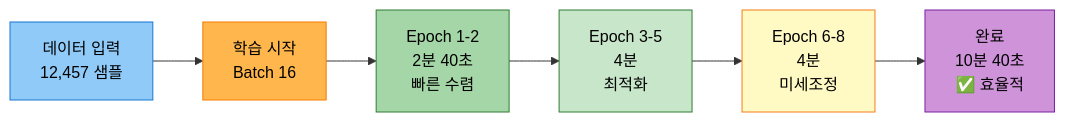
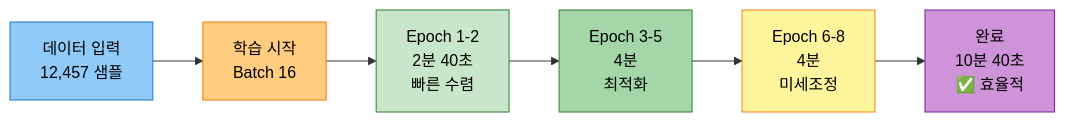
One commit to AIBootcamp14/naturallanguageprocessingcompetition-nlp-1 changed diagram 12 of 15 in docs/experiments/20251013_111525_strategy1_kobart_optimized_실험분석.md. Above: the diagram before and after it, drawn with Mermaid. The commit also changed other lines of this file, not shown here.

First line of the commit message:
fix: mermaid 다이어그램 스타일 완전 수정

````diff
--- a/docs/experiments/20251013_111525_strategy1_kobart_optimized_실험분석.md
+++ b/docs/experiments/20251013_111525_strategy1_kobart_optimized_실험분석.md
@@ -630,15 +666,15 @@
 ```mermaid
 graph LR
     A[데이터 입력<br/>12,457 샘플] --> B[학습 시작<br/>Batch 16]
     B --> C[Epoch 1-2<br/>2분 40초<br/>빠른 수렴]
     C --> D[Epoch 3-5<br/>4분<br/>최적화]
     D --> E[Epoch 6-8<br/>4분<br/>미세조정]
     E --> F[완료<br/>10분 40초<br/>✅ 효율적]
 
     style A fill:#90caf9,stroke:#1976d2,color:#000
-    style B fill:#ffb74d,stroke:#f57c00,color:#000
-    style C fill:#a5d6a7,stroke:#2e7d32,color:#000
-    style D fill:#c8e6c9,stroke:#2e7d32,color:#000
-    style E fill:#fff9c4,stroke:#f57f17,color:#000
+    style B fill:#ffcc80,stroke:#f57c00,color:#000
+    style C fill:#c8e6c9,stroke:#2e7d32,color:#000
+    style D fill:#a5d6a7,stroke:#2e7d32,color:#000
+    style E fill:#fff59d,stroke:#f57f17,color:#000
     style F fill:#ce93d8,stroke:#7b1fa2,color:#000
 ```
````
